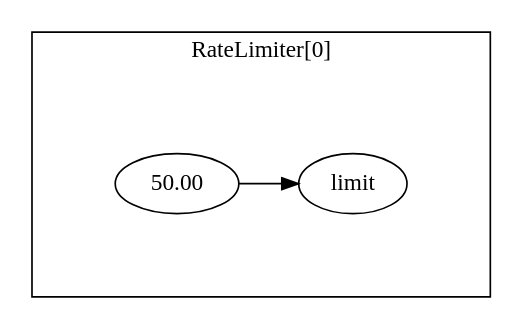
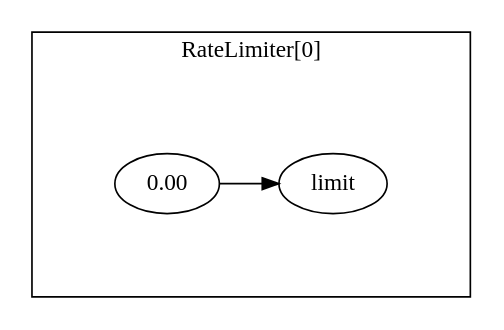
Before and after one commit to fluxninja/aperture: the diagram in blueprints/examples/static-rate-limiting/gen/graph/graph.dot, drawn with Graphviz. The commit also changed 40 other files, not shown here.

```diff
--- a/blueprints/examples/static-rate-limiting/gen/graph/graph.dot
+++ b/blueprints/examples/static-rate-limiting/gen/graph/graph.dot
@@ -1,12 +1,12 @@
 digraph  {
 	subgraph cluster_s1 {
 		label="RateLimiter[0]";margin="50.0";
-		n3[label="50.00"];
+		n3[label="0.00"];
 		n2[label="limit"];
 		n3->n2;
 		{rank=same; n2;};
 		
 	}
 	rankdir="LR";splines="ortho";
 	
 }
```
